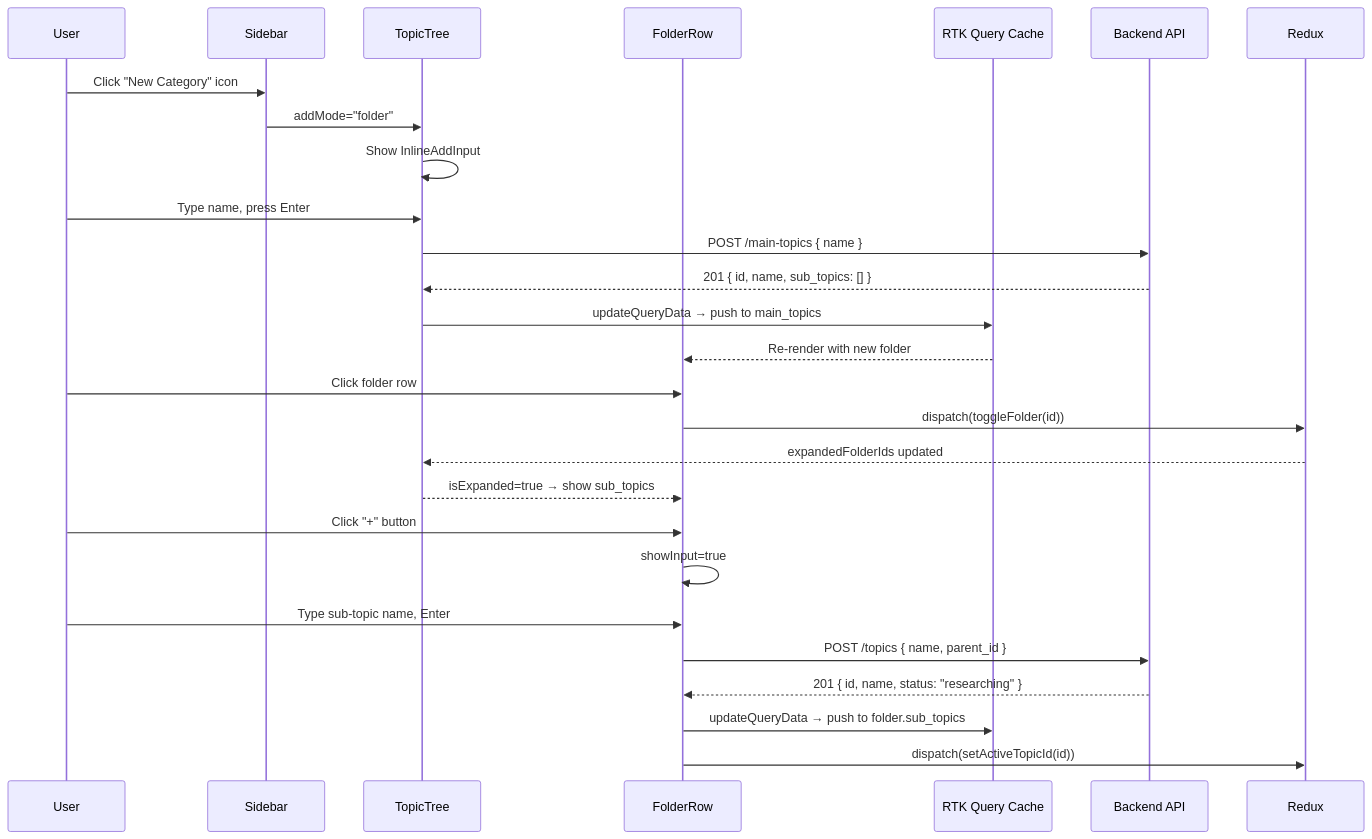
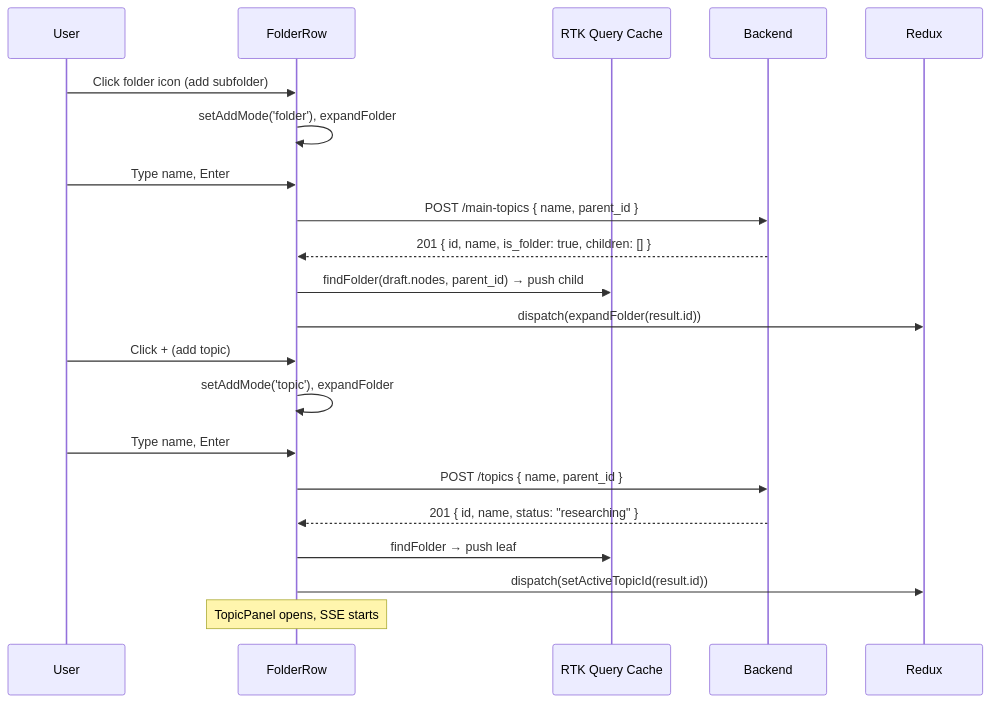
One commit to Halderpritam123/custom-notebook changed the fourth of 5 diagrams in frontend/FRONTEND.md. Above: the diagram before and after it, drawn with Mermaid. The commit also changed other lines of this file and 51 other files, not shown here.

````diff
--- a/frontend/FRONTEND.md
+++ b/frontend/FRONTEND.md
@@ -164,31 +226,24 @@
 ```mermaid
 sequenceDiagram
     participant User
-    participant Sidebar
-    participant TopicTree
     participant FolderRow
     participant RTK as RTK Query Cache
-    participant API as Backend API
+    participant API as Backend
 
-    User->>Sidebar: Click "New Category" icon
-    Sidebar->>TopicTree: addMode="folder"
-    TopicTree->>TopicTree: Show InlineAddInput
-    User->>TopicTree: Type name, press Enter
-    TopicTree->>API: POST /main-topics { name }
-    API-->>TopicTree: 201 { id, name, sub_topics: [] }
-    TopicTree->>RTK: updateQueryData → push to main_topics
-    RTK-->>FolderRow: Re-render with new folder
+    User->>FolderRow: Click folder icon (add subfolder)
+    FolderRow->>FolderRow: setAddMode('folder'), expandFolder
+    User->>FolderRow: Type name, Enter
+    FolderRow->>API: POST /main-topics { name, parent_id }
+    API-->>FolderRow: 201 { id, name, is_folder: true, children: [] }
+    FolderRow->>RTK: findFolder(draft.nodes, parent_id) → push child
+    FolderRow->>Redux: dispatch(expandFolder(result.id))
 
-    User->>FolderRow: Click folder row
-    FolderRow->>Redux: dispatch(toggleFolder(id))
-    Redux-->>TopicTree: expandedFolderIds updated
-    TopicTree-->>FolderRow: isExpanded=true → show sub_topics
-
-    User->>FolderRow: Click "+" button
-    FolderRow->>FolderRow: showInput=true
-    User->>FolderRow: Type sub-topic name, Enter
+    User->>FolderRow: Click + (add topic)
+    FolderRow->>FolderRow: setAddMode('topic'), expandFolder
+    User->>FolderRow: Type name, Enter
     FolderRow->>API: POST /topics { name, parent_id }
     API-->>FolderRow: 201 { id, name, status: "researching" }
-    FolderRow->>RTK: updateQueryData → push to folder.sub_topics
-    FolderRow->>Redux: dispatch(setActiveTopicId(id))
+    FolderRow->>RTK: findFolder → push leaf
+    FolderRow->>Redux: dispatch(setActiveTopicId(result.id))
+    Note over FolderRow: TopicPanel opens, SSE starts
 ```
````
